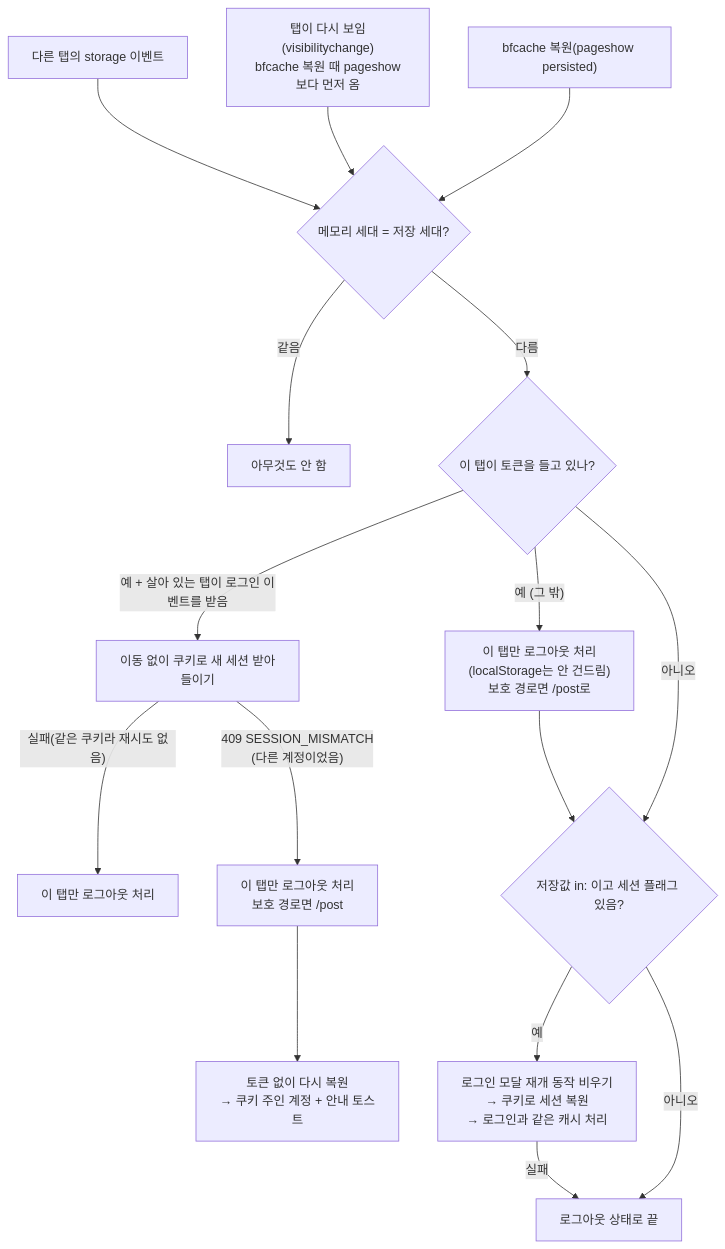
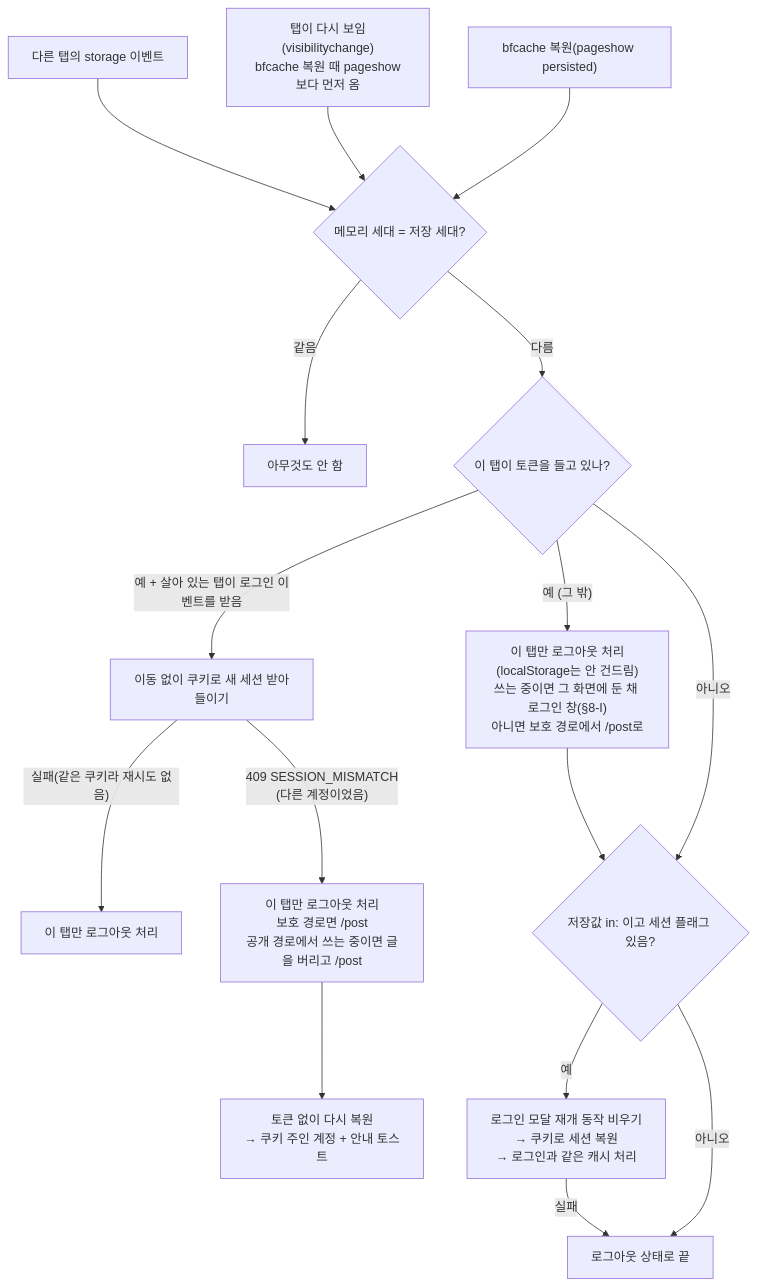
One commit to BAECHAN/link-sphere_FE_NEW changed the sixth of 7 diagrams in docs/AUTH.md. Above: the diagram before and after it, drawn with Mermaid. The commit also changed other lines of this file and 56 other files, not shown here.

First line of the commit message:
feat(auth): 로그인이 풀려도 쓰던 화면에 두고 그 자리에서 다시 로그인 (#450)

````diff
--- a/docs/AUTH.md
+++ b/docs/AUTH.md
@@ -830,19 +873,19 @@
 ```mermaid
 flowchart TD
   EV["다른 탭의 storage 이벤트"] --> R
   V["탭이 다시 보임(visibilitychange)<br/>bfcache 복원 때 pageshow보다 먼저 옴"] --> R
   PS["bfcache 복원(pageshow persisted)"] --> R
   R{"메모리 세대 = 저장 세대?"}
   R -->|"같음"| N["아무것도 안 함"]
   R -->|"다름"| T{"이 탭이 토큰을 들고 있나?"}
   T -->|"예 + 살아 있는 탭이 로그인 이벤트를 받음"| AD["이동 없이 쿠키로 새 세션 받아들이기"]
-  T -->|"예 (그 밖)"| SO["이 탭만 로그아웃 처리<br/>(localStorage는 안 건드림)<br/>보호 경로면 /post로"]
+  T -->|"예 (그 밖)"| SO["이 탭만 로그아웃 처리<br/>(localStorage는 안 건드림)<br/>쓰는 중이면 그 화면에 둔 채 로그인 창(§8-I)<br/>아니면 보호 경로에서 /post로"]
   T -->|"아니오"| S
   SO --> S{"저장값 in: 이고 세션 플래그 있음?"}
   S -->|"예"| RS["로그인 모달 재개 동작 비우기<br/>→ 쿠키로 세션 복원<br/>→ 로그인과 같은 캐시 처리"]
   S -->|"아니오"| E["로그아웃 상태로 끝"]
   RS -->|"실패"| E
   AD -->|"실패(같은 쿠키라 재시도 없음)"| SO2["이 탭만 로그아웃 처리"]
-  AD -->|"409 SESSION_MISMATCH<br/>(다른 계정이었음)"| SO3["이 탭만 로그아웃 처리<br/>보호 경로면 /post"]
+  AD -->|"409 SESSION_MISMATCH<br/>(다른 계정이었음)"| SO3["이 탭만 로그아웃 처리<br/>보호 경로면 /post<br/>공개 경로에서 쓰는 중이면 글을 버리고 /post"]
   SO3 --> RS2["토큰 없이 다시 복원<br/>→ 쿠키 주인 계정 + 안내 토스트"]
 ```
````
